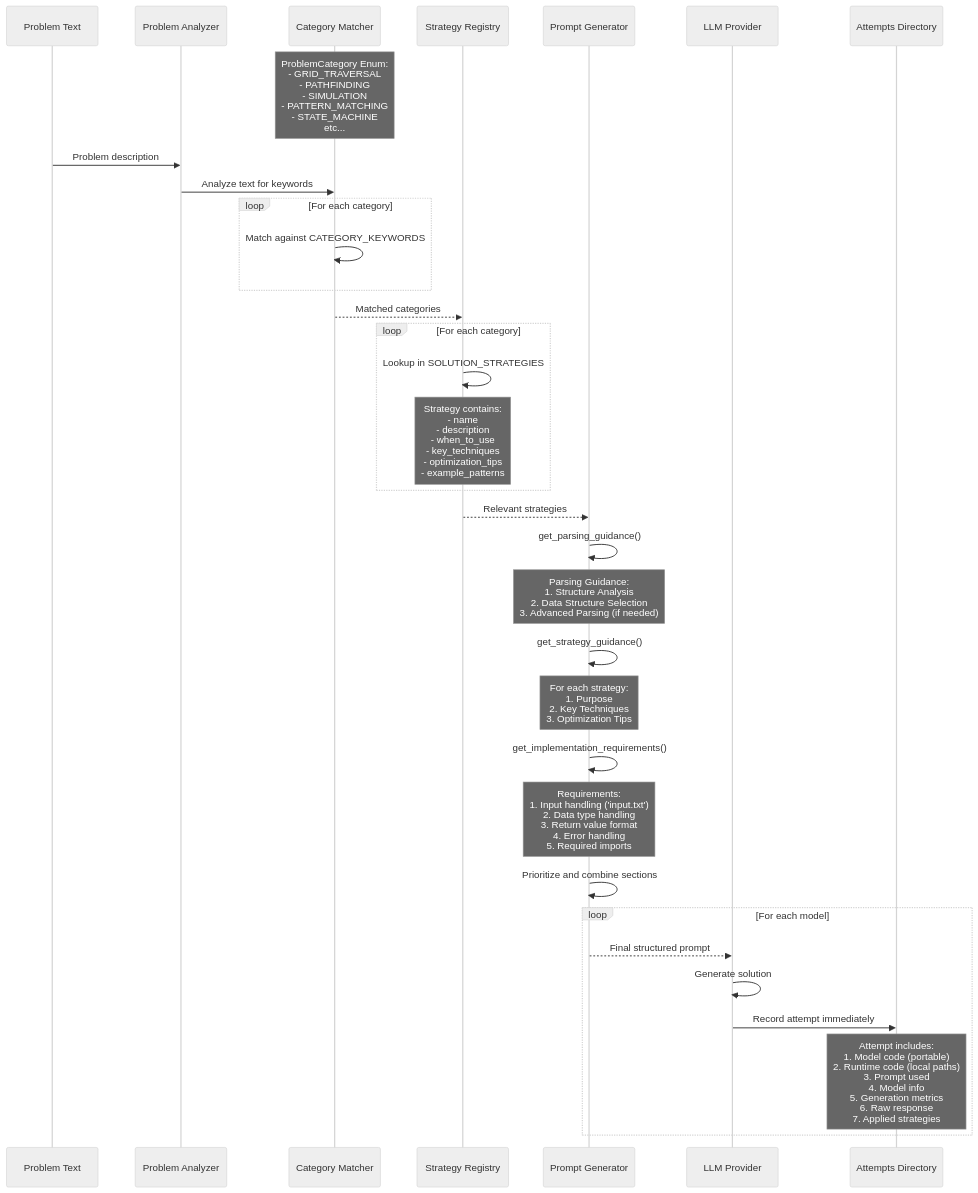
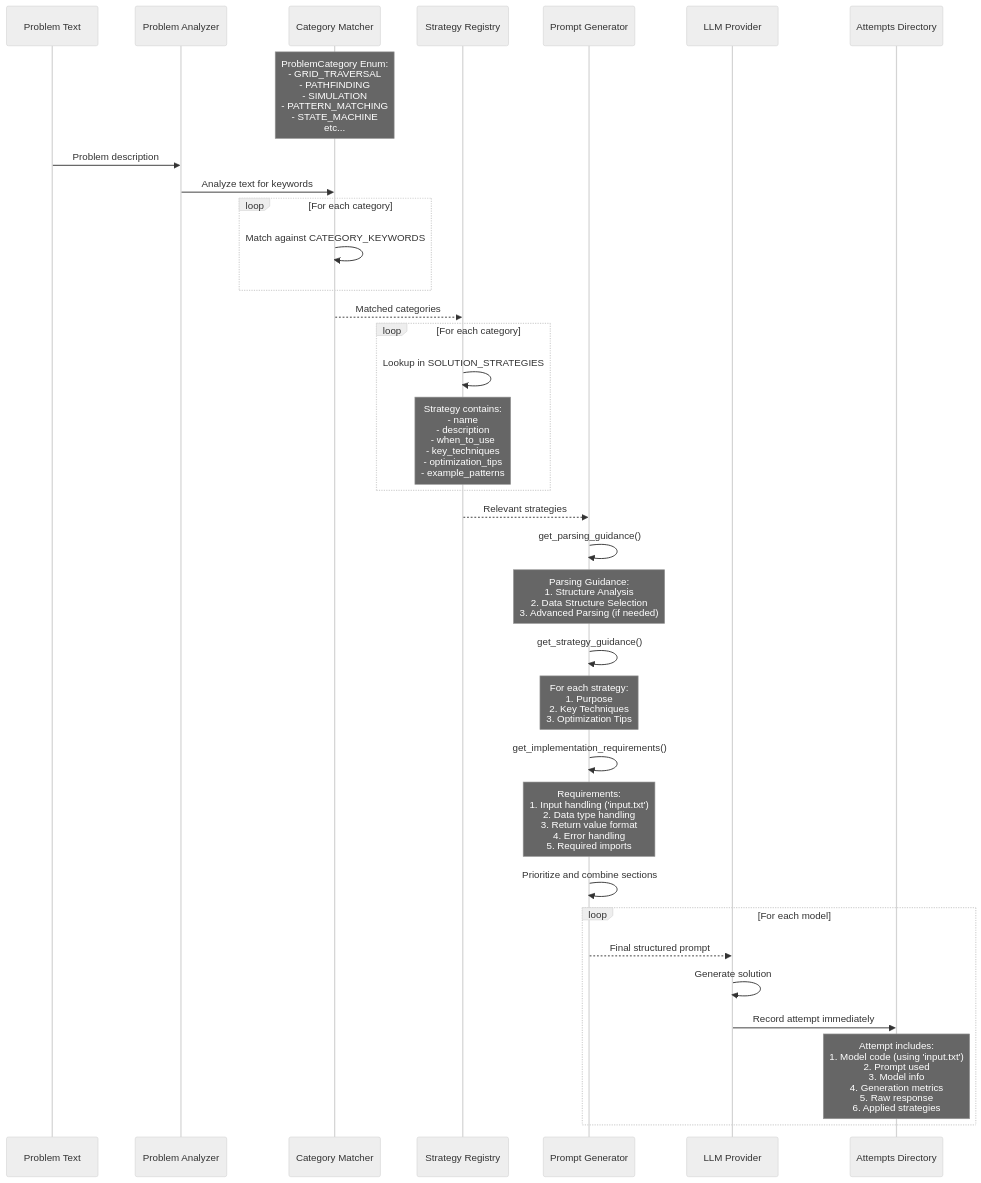
One commit to geniusworks/problem-solver changed the diagram in dev/diagrams/strategy-guidance.mmd. Above: the diagram before and after it, drawn with Mermaid (neutral theme). The commit also changed 6 other files, not shown here.

```diff
--- a/dev/diagrams/strategy-guidance.mmd
+++ b/dev/diagrams/strategy-guidance.mmd
@@ -1,44 +1,44 @@
 sequenceDiagram
     participant Problem as Problem Text
     participant Analyzer as Problem Analyzer
     participant Categories as Category Matcher
     participant Strategies as Strategy Registry
     participant Generator as Prompt Generator
     participant LLM as LLM Provider
     participant Attempts as Attempts Directory
 
     Note over Categories: ProblemCategory Enum:<br/>- GRID_TRAVERSAL<br/>- PATHFINDING<br/>- SIMULATION<br/>- PATTERN_MATCHING<br/>- STATE_MACHINE<br/>etc...
 
     Problem->>Analyzer: Problem description
     Analyzer->>Categories: Analyze text for keywords
     
     loop For each category
         Categories->>Categories: Match against CATEGORY_KEYWORDS
     end
 
     Categories-->>Strategies: Matched categories
     
     loop For each category
         Strategies->>Strategies: Lookup in SOLUTION_STRATEGIES
         Note over Strategies: Strategy contains:<br/>- name<br/>- description<br/>- when_to_use<br/>- key_techniques<br/>- optimization_tips<br/>- example_patterns
     end
 
     Strategies-->>Generator: Relevant strategies
 
     Generator->>Generator: get_parsing_guidance()
     Note over Generator: Parsing Guidance:<br/>1. Structure Analysis<br/>2. Data Structure Selection<br/>3. Advanced Parsing (if needed)
 
     Generator->>Generator: get_strategy_guidance()
     Note over Generator: For each strategy:<br/>1. Purpose<br/>2. Key Techniques<br/>3. Optimization Tips
 
     Generator->>Generator: get_implementation_requirements()
     Note over Generator: Requirements:<br/>1. Input handling ('input.txt')<br/>2. Data type handling<br/>3. Return value format<br/>4. Error handling<br/>5. Required imports
 
     Generator->>Generator: Prioritize and combine sections
 
     loop For each model
         Generator-->>LLM: Final structured prompt
         LLM->>LLM: Generate solution
         LLM->>Attempts: Record attempt immediately
-        Note over Attempts: Attempt includes:<br/>1. Model code (portable)<br/>2. Runtime code (local paths)<br/>3. Prompt used<br/>4. Model info<br/>5. Generation metrics<br/>6. Raw response<br/>7. Applied strategies
+        Note over Attempts: Attempt includes:<br/>1. Model code (using 'input.txt')<br/>2. Prompt used<br/>3. Model info<br/>4. Generation metrics<br/>5. Raw response<br/>6. Applied strategies
     end
```
